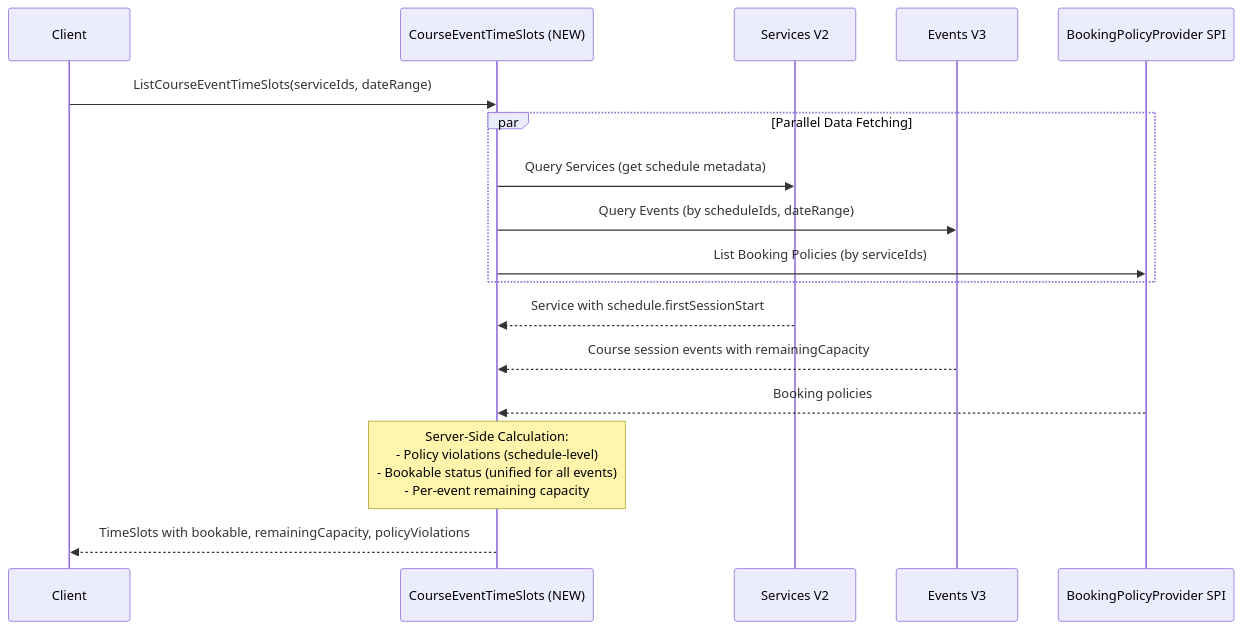
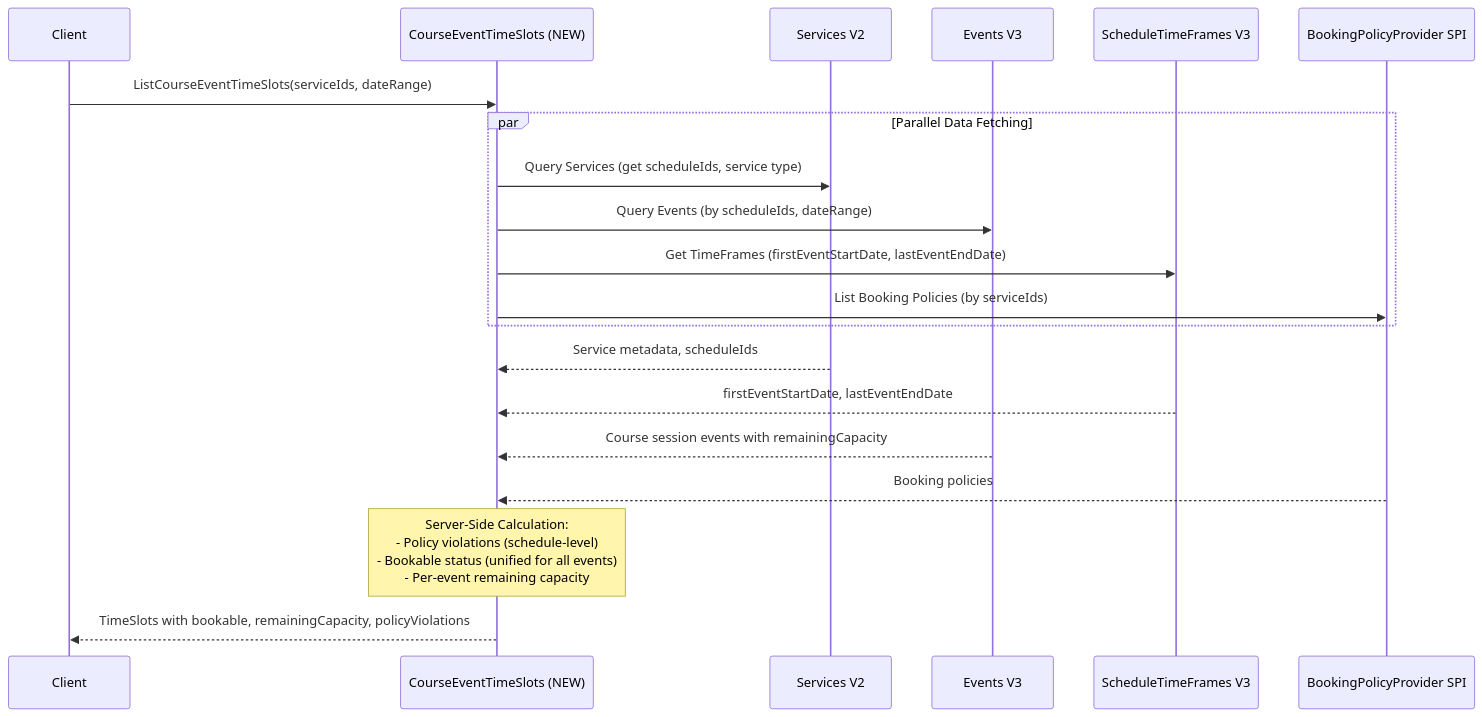
The ninth of 12 diagrams in Service-Availabilty/Course Availability Design - COMPLETE.md (TamirCohen-Wix/Tamir-Learning), drawn with Mermaid before and after one commit. The commit also changed other lines of this file and 1 other file, not shown here.

````diff
--- a/Service-Availabilty/Course Availability Design - COMPLETE.md
+++ b/Service-Availabilty/Course Availability Design - COMPLETE.md
@@ -435,24 +489,27 @@
 ```mermaid
 sequenceDiagram
     participant Client
     participant CourseTimeSlots as CourseEventTimeSlots (NEW)
     participant Services as Services V2
     participant Events as Events V3
+    participant TimeFrames as ScheduleTimeFrames V3
     participant PolicySPI as BookingPolicyProvider SPI
     
     Client->>CourseTimeSlots: ListCourseEventTimeSlots(serviceIds, dateRange)
     
     par Parallel Data Fetching
-        CourseTimeSlots->>Services: Query Services (get schedule metadata)
+        CourseTimeSlots->>Services: Query Services (get scheduleIds, service type)
         CourseTimeSlots->>Events: Query Events (by scheduleIds, dateRange)
+        CourseTimeSlots->>TimeFrames: Get TimeFrames (firstEventStartDate, lastEventEndDate)
         CourseTimeSlots->>PolicySPI: List Booking Policies (by serviceIds)
     end
     
-    Services-->>CourseTimeSlots: Service with schedule.firstSessionStart
+    Services-->>CourseTimeSlots: Service metadata, scheduleIds
+    TimeFrames-->>CourseTimeSlots: firstEventStartDate, lastEventEndDate
     Events-->>CourseTimeSlots: Course session events with remainingCapacity
     PolicySPI-->>CourseTimeSlots: Booking policies
     
     Note over CourseTimeSlots: Server-Side Calculation:<br/>- Policy violations (schedule-level)<br/>- Bookable status (unified for all events)<br/>- Per-event remaining capacity
     
     CourseTimeSlots-->>Client: TimeSlots with bookable, remainingCapacity, policyViolations
 ```
````
